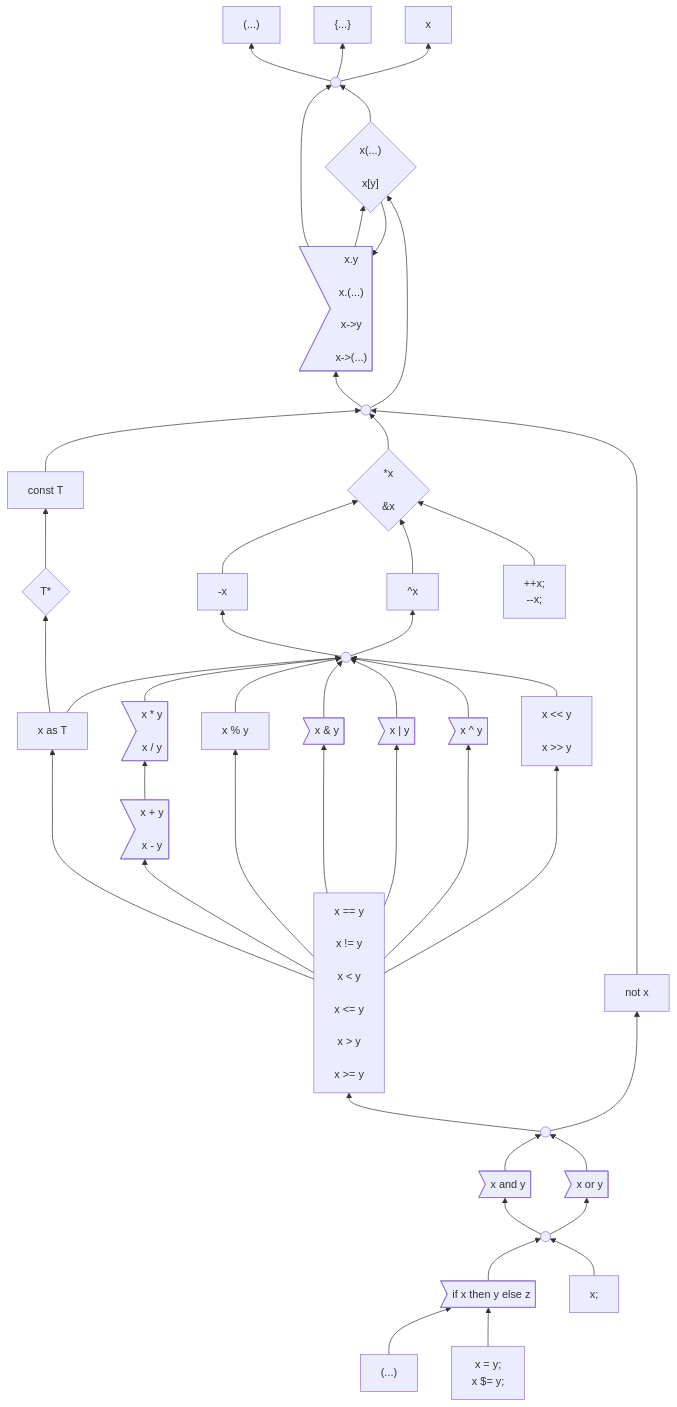
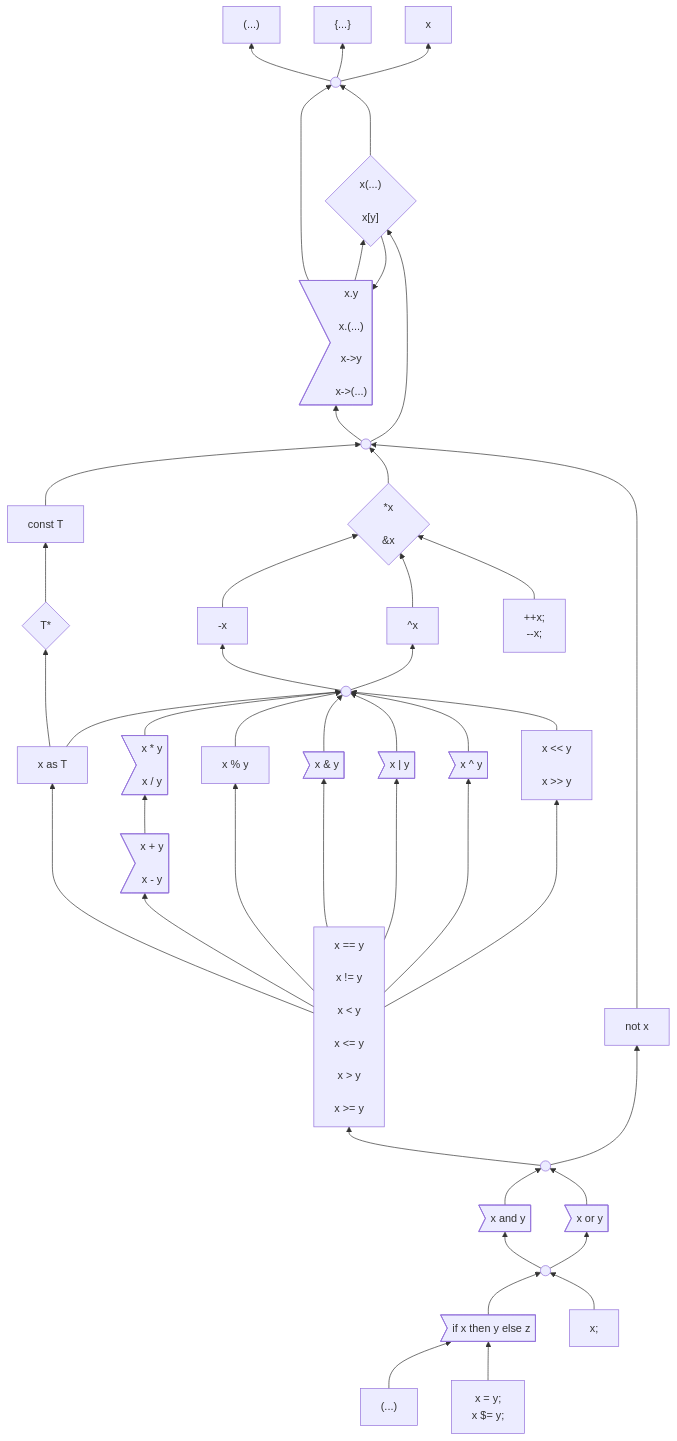
Before and after one commit to carbon-language/carbon-lang: the first of 3 diagrams in docs/design/expressions/README.md, drawn with Mermaid.

Commit message:
Checkpoint progress.

```diff
--- a/docs/design/expressions/README.md
+++ b/docs/design/expressions/README.md
@@ -154,7 +154,7 @@
 
     top --> parens & braces & unqualifiedName
     memberAccess --> top
-    callAndIndexing --> top
+    callAndIndexing ---> top
 
     callAndIndexing --> memberAccess
     memberAccess --> callAndIndexing
```
